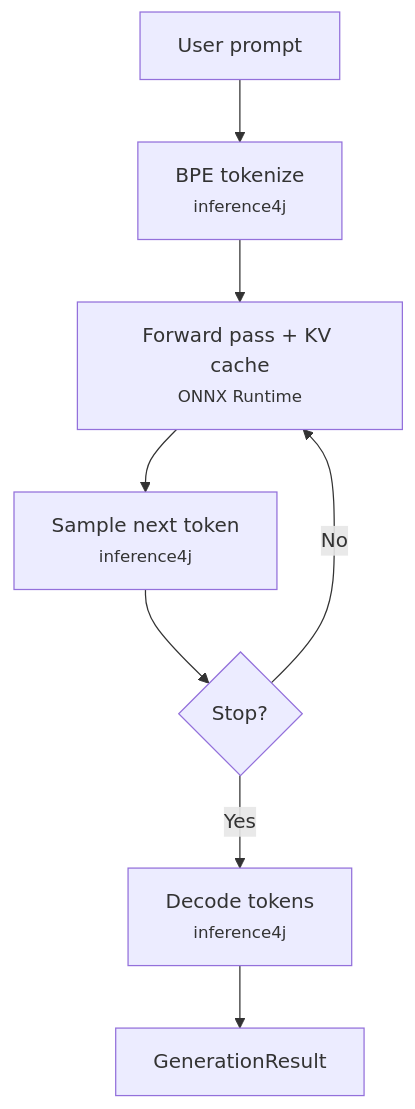
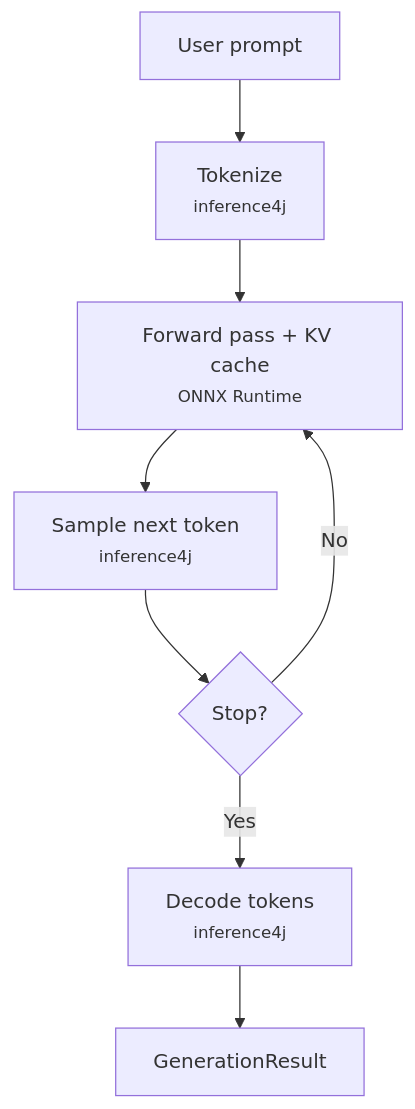
Before and after one commit to inference4j/inference4j: the diagram in docs/generative-ai/gpt2.md, drawn with Mermaid. The commit also changed other lines of this file and 13 other files, not shown here.

````diff
--- a/docs/generative-ai/gpt2.md
+++ b/docs/generative-ai/gpt2.md
@@ -114,10 +136,10 @@
 ```mermaid
 flowchart TD
-    A["User prompt"] --> B["BPE tokenize<br><small>inference4j</small>"]
+    A["User prompt"] --> B["Tokenize<br><small>inference4j</small>"]
     B --> C["Forward pass + KV cache<br><small>ONNX Runtime</small>"]
     C --> D["Sample next token<br><small>inference4j</small>"]
     D --> E{"Stop?"}
     E -- No --> C
     E -- Yes --> F["Decode tokens<br><small>inference4j</small>"]
     F --> G["GenerationResult"]
 ```
````
